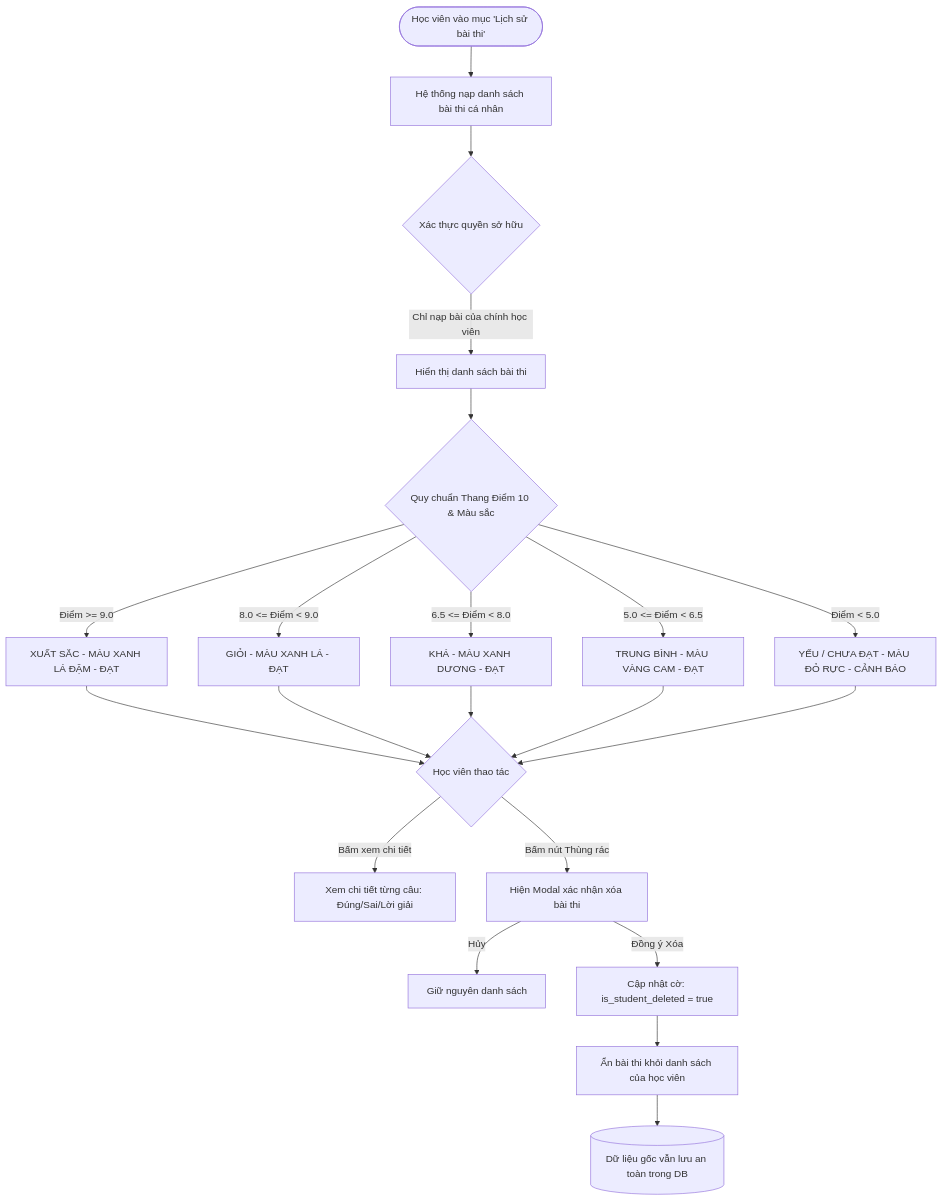
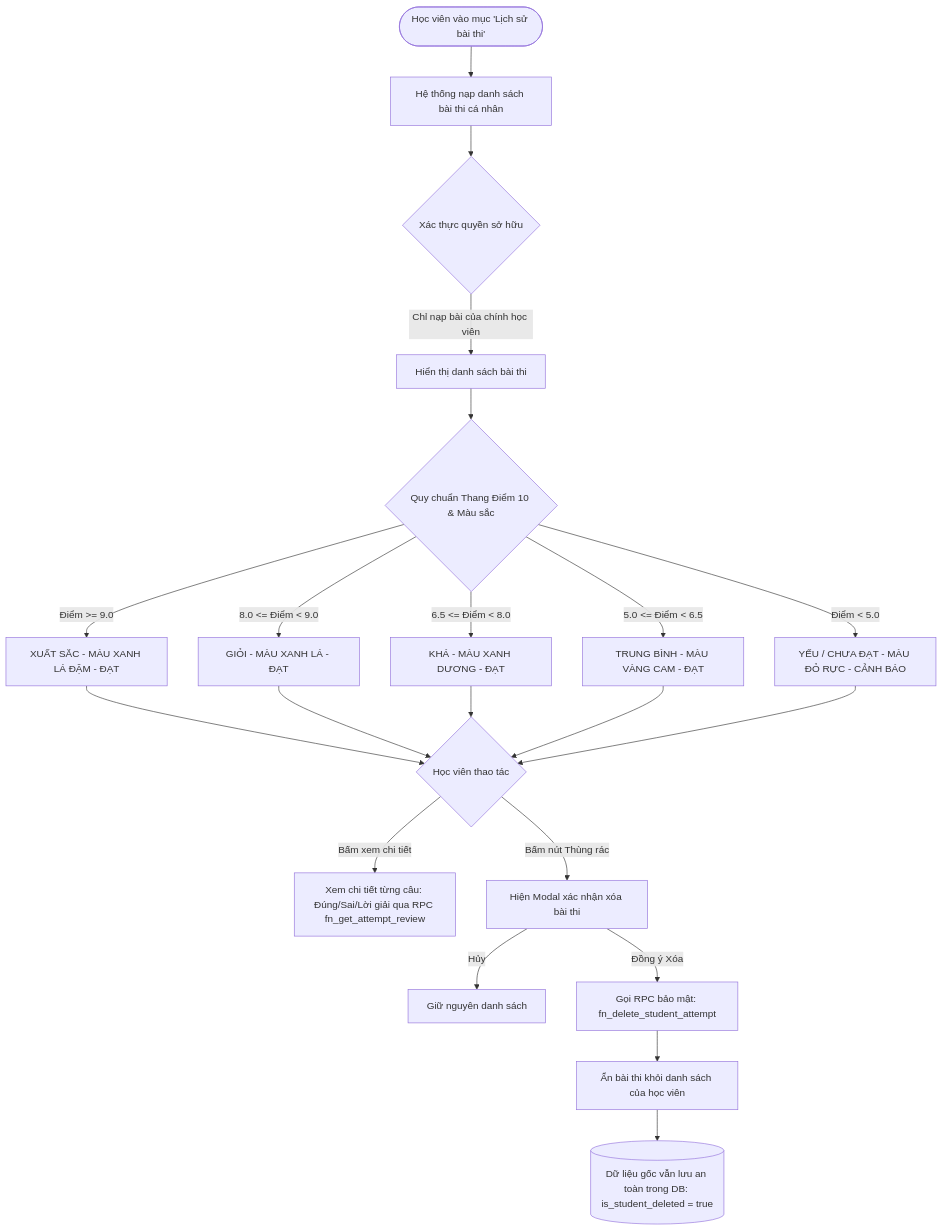
Before and after one commit to sunlight3d/VietIS: the diagram in vibercodeDate21-09-2026/exam-app/flows/02-xem-lich-su-xoa-mem.md, drawn with Mermaid. The commit also changed other lines of this file and 10 other files, not shown here.

````diff
--- a/vibercodeDate21-09-2026/exam-app/flows/02-xem-lich-su-xoa-mem.md
+++ b/vibercodeDate21-09-2026/exam-app/flows/02-xem-lich-su-xoa-mem.md
@@ -11,27 +11,27 @@
 ```mermaid
 flowchart TD
     Start([Học viên vào mục 'Lịch sử bài thi']) --> FetchHistory[Hệ thống nạp danh sách bài thi cá nhân]
     FetchHistory --> CheckOwner{Xác thực quyền sở hữu}
     CheckOwner -->|Chỉ nạp bài của chính học viên| RenderList[Hiển thị danh sách bài thi]
     
     RenderList --> GradeRule{Quy chuẩn Thang Điểm 10 & Màu sắc}
     GradeRule -->|Điểm >= 9.0| XuatSac[XUẤT SẮC - MÀU XANH LÁ ĐẬM - ĐẠT]
     GradeRule -->|8.0 <= Điểm < 9.0| Gioi[GIỎI - MÀU XANH LÁ - ĐẠT]
     GradeRule -->|6.5 <= Điểm < 8.0| Kha[KHÁ - MÀU XANH DƯƠNG - ĐẠT]
     GradeRule -->|5.0 <= Điểm < 6.5| TB[TRUNG BÌNH - MÀU VÀNG CAM - ĐẠT]
     GradeRule -->|Điểm < 5.0| Yeu[YẾU / CHƯA ĐẠT - MÀU ĐỎ RỰC - CẢNH BÁO]
     
     XuatSac --> ActionChoice{Học viên thao tác}
     Gioi --> ActionChoice
     Kha --> ActionChoice
     TB --> ActionChoice
     Yeu --> ActionChoice
     
-    ActionChoice -->|Bấm xem chi tiết| DetailView[Xem chi tiết từng câu: Đúng/Sai/Lời giải]
+    ActionChoice -->|Bấm xem chi tiết| DetailView[Xem chi tiết từng câu: Đúng/Sai/Lời giải qua RPC fn_get_attempt_review]
     ActionChoice -->|Bấm nút Thùng rác| ConfirmModal[Hiện Modal xác nhận xóa bài thi]
     
     ConfirmModal -->|Hủy| KeepView[Giữ nguyên danh sách]
-    ConfirmModal -->|Đồng ý Xóa| SoftDelete[Cập nhật cờ: is_student_deleted = true]
+    ConfirmModal -->|Đồng ý Xóa| SoftDelete[Gọi RPC bảo mật: fn_delete_student_attempt]
     SoftDelete --> UpdateUI[Ẩn bài thi khỏi danh sách của học viên]
-    UpdateUI --> DBNote[(Dữ liệu gốc vẫn lưu an toàn trong DB)]
+    UpdateUI --> DBNote[(Dữ liệu gốc vẫn lưu an toàn trong DB: is_student_deleted = true)]
 ```
````
